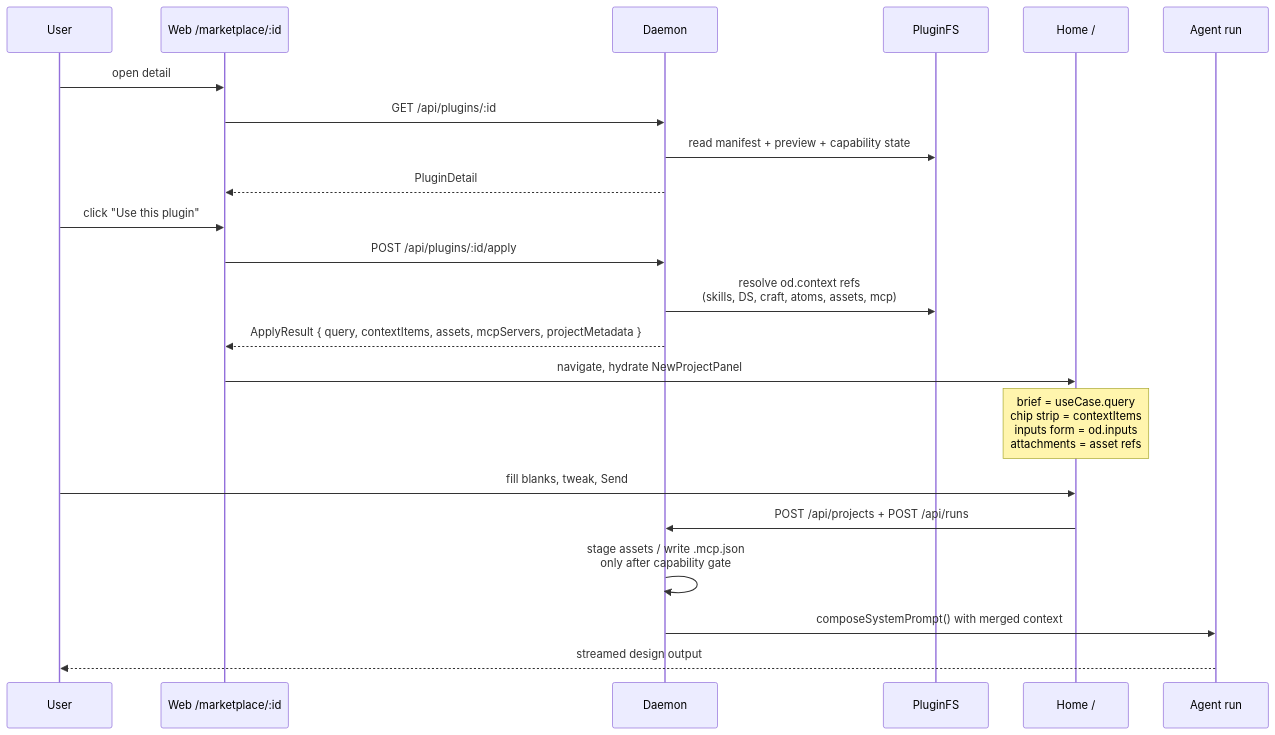
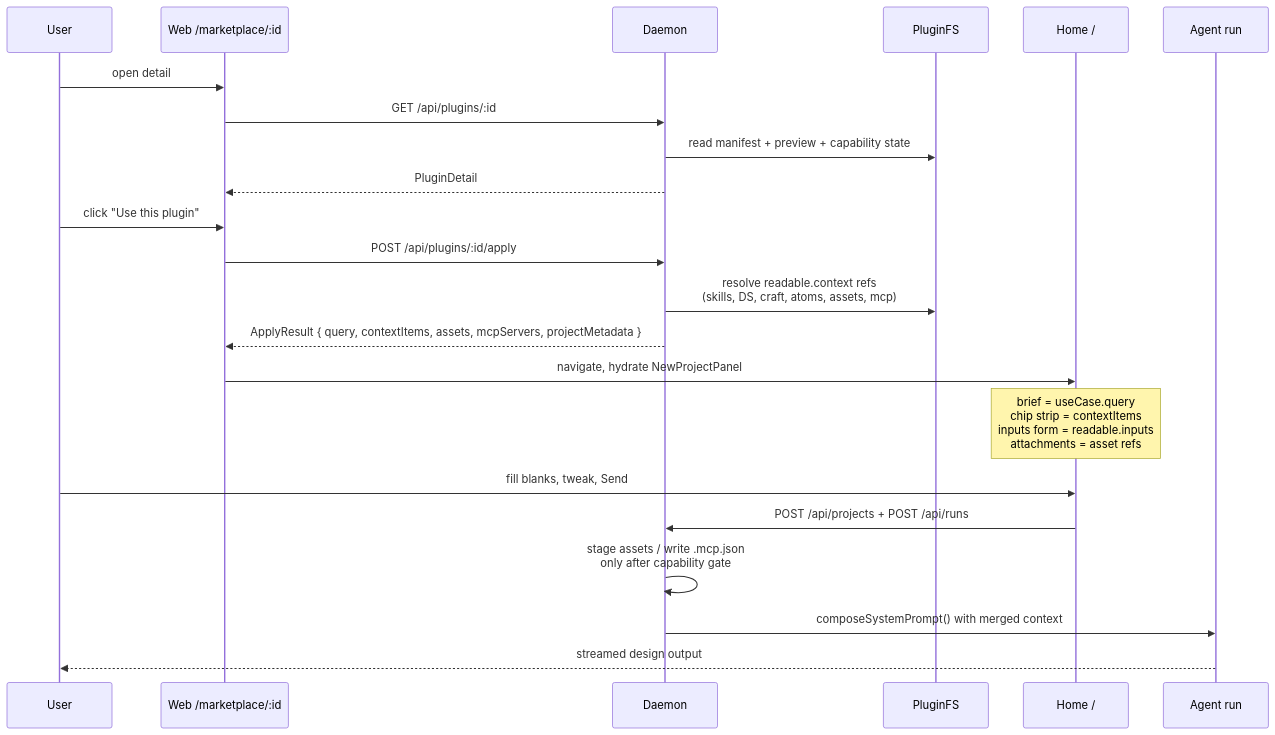
The second of 4 diagrams in docs/plugins-spec.zh-CN.md (sanghyunna/open-design-sandboxed), drawn with Mermaid before and after one commit. The commit also changed other lines of this file and 1152 other files, not shown here.

````diff
--- a/docs/plugins-spec.zh-CN.md
+++ b/docs/plugins-spec.zh-CN.md
@@ -474,25 +474,25 @@
 ```mermaid
 sequenceDiagram
   participant U as User
   participant W as Web /marketplace/:id
   participant D as Daemon
   participant FS as PluginFS
   participant H as Home /
   participant A as Agent run
 
   U->>W: open detail
   W->>D: GET /api/plugins/:id
   D->>FS: read manifest + preview + capability state
   D-->>W: PluginDetail
   U->>W: click "Use this plugin"
   W->>D: POST /api/plugins/:id/apply
-  D->>FS: resolve od.context refs<br/>(skills, DS, craft, atoms, assets, mcp)
+  D->>FS: resolve readable.context refs<br/>(skills, DS, craft, atoms, assets, mcp)
   D-->>W: ApplyResult { query, contextItems, assets, mcpServers, projectMetadata }
   W->>H: navigate, hydrate NewProjectPanel
-  Note over H: brief = useCase.query<br/>chip strip = contextItems<br/>inputs form = od.inputs<br/>attachments = asset refs
+  Note over H: brief = useCase.query<br/>chip strip = contextItems<br/>inputs form = readable.inputs<br/>attachments = asset refs
   U->>H: fill blanks, tweak, Send
   H->>D: POST /api/projects + POST /api/runs
   D->>D: stage assets / write .mcp.json<br/>only after capability gate
   D->>A: composeSystemPrompt() with merged context
   A-->>U: streamed design output
 ```
````
